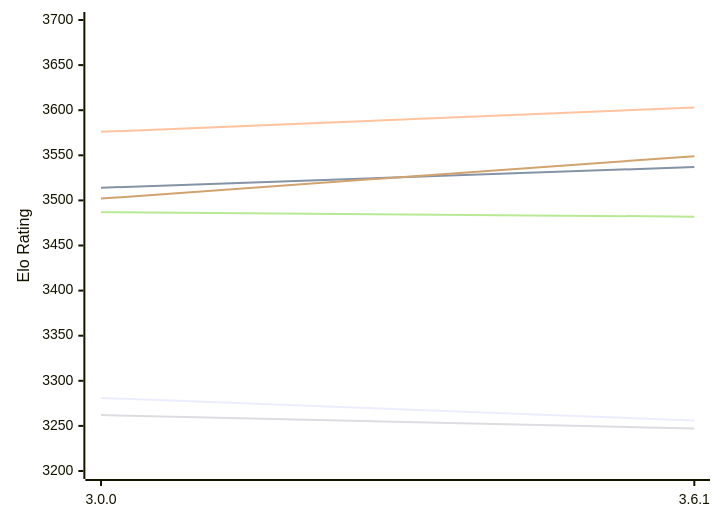
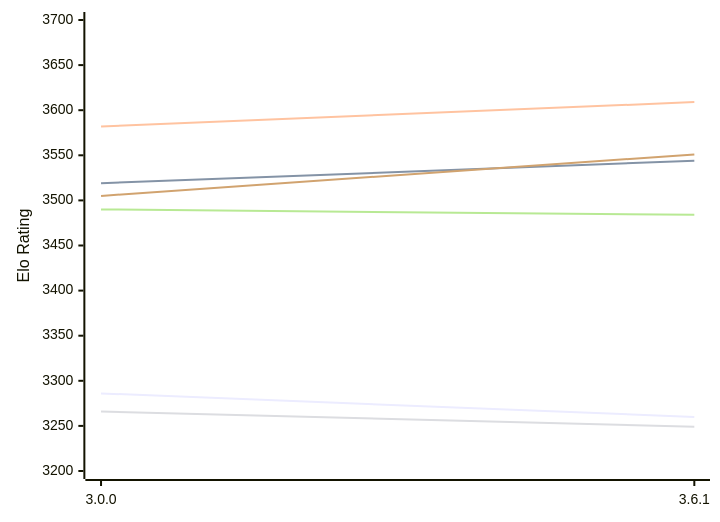
The diagram in engines/Peras.md (computer-chess-index/cci), drawn with Mermaid before and after one commit. The commit also changed other lines of this file, not shown here.

Commit message:
Update CCI Ratings (ELO VLTC) - 2026-11-20

````diff
--- a/engines/Peras.md
+++ b/engines/Peras.md
@@ -49,12 +49,12 @@
 ```mermaid
 %%{init: {"theme":"base","themeVariables":{"seriesColors:['#a3a3a3','#222221','#faa371']}}}%%
 xychart-beta
   x-axis ["3.0.0", "3.6.1"]
   y-axis "Elo Rating" 3200 --> 3700
-  line "E1: STC (8.0+0.08s)" [3281, 3256]
-  line "E1: LTC (60.0+0.60s)" [3514, 3537]
-  line "E1: VLTC (2m24s+1.12s)" [3576, 3603]
-  line "P1: STC (8.0+0.08s)" [3262, 3247]
-  line "P1: LTC (60.0+0.60s)" [3487, 3482]
-  line "P1: VLTC (2m24s+1.12s)" [3502, 3549]
+  line "E1: STC (8.0+0.08s)" [3286, 3260]
+  line "E1: LTC (60.0+0.60s)" [3519, 3544]
+  line "E1: VLTC (2m24s+1.12s)" [3582, 3609]
+  line "P1: STC (8.0+0.08s)" [3266, 3249]
+  line "P1: LTC (60.0+0.60s)" [3490, 3484]
+  line "P1: VLTC (2m24s+1.12s)" [3505, 3551]
 ```
````
